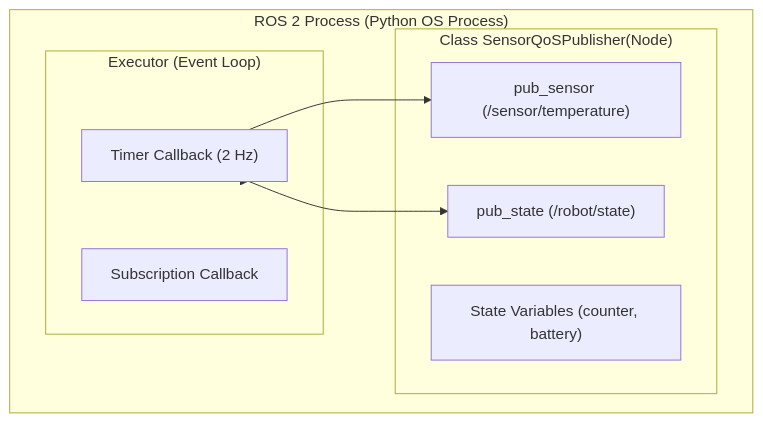
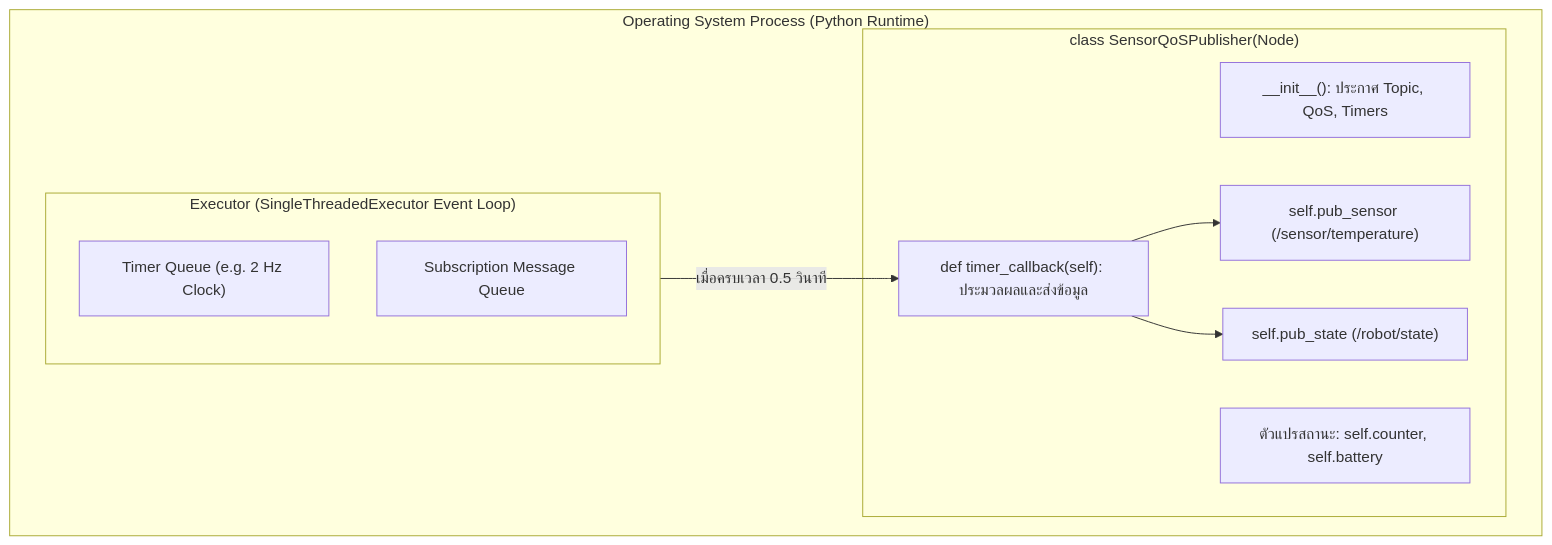
Before and after one commit to alfaXphoori/ros2: the diagram in Essential_ROS/Week_02_Nodes_Topics_QoS/Readme.md, drawn with Mermaid. The commit also changed other lines of this file and 15 other files, not shown here.

````diff
--- a/Essential_ROS/Week_02_Nodes_Topics_QoS/Readme.md
+++ b/Essential_ROS/Week_02_Nodes_Topics_QoS/Readme.md
@@ -33,17 +47,21 @@
 ```mermaid
 flowchart TD
-    subgraph ROS2Process ["ROS 2 Process (Python OS Process)"]
-        subgraph Executor ["Executor (Event Loop)"]
-            TimerCallback["Timer Callback (2 Hz)"]
-            SubCallback["Subscription Callback"]
+    subgraph OSProcess ["Operating System Process (Python Runtime)"]
+        subgraph ExecutorLoop ["Executor (SingleThreadedExecutor Event Loop)"]
+            TimerQueue["Timer Queue (e.g. 2 Hz Clock)"]
+            SubQueue["Subscription Message Queue"]
         end
-        subgraph CustomNode ["Class SensorQoSPublisher(Node)"]
-            Publisher1["pub_sensor (/sensor/temperature)"]
-            Publisher2["pub_state (/robot/state)"]
-            InternalState["State Variables (counter, battery)"]
+
+        subgraph CustomNodeClass ["class SensorQoSPublisher(Node)"]
+            Constructor["__init__(): ประกาศ Topic, QoS, Timers"]
+            PublisherA["self.pub_sensor (/sensor/temperature)"]
+            PublisherB["self.pub_state (/robot/state)"]
+            TimerCallback["def timer_callback(self): ประมวลผลและส่งข้อมูล"]
+            MemberVars["ตัวแปรสถานะ: self.counter, self.battery"]
         end
     end
-    Executor --> TimerCallback
-    TimerCallback --> Publisher1
-    TimerCallback --> Publisher2
+
+    ExecutorLoop -->|"เมื่อครบเวลา 0.5 วินาที"| TimerCallback
+    TimerCallback --> PublisherA
+    TimerCallback --> PublisherB
 ```
````
